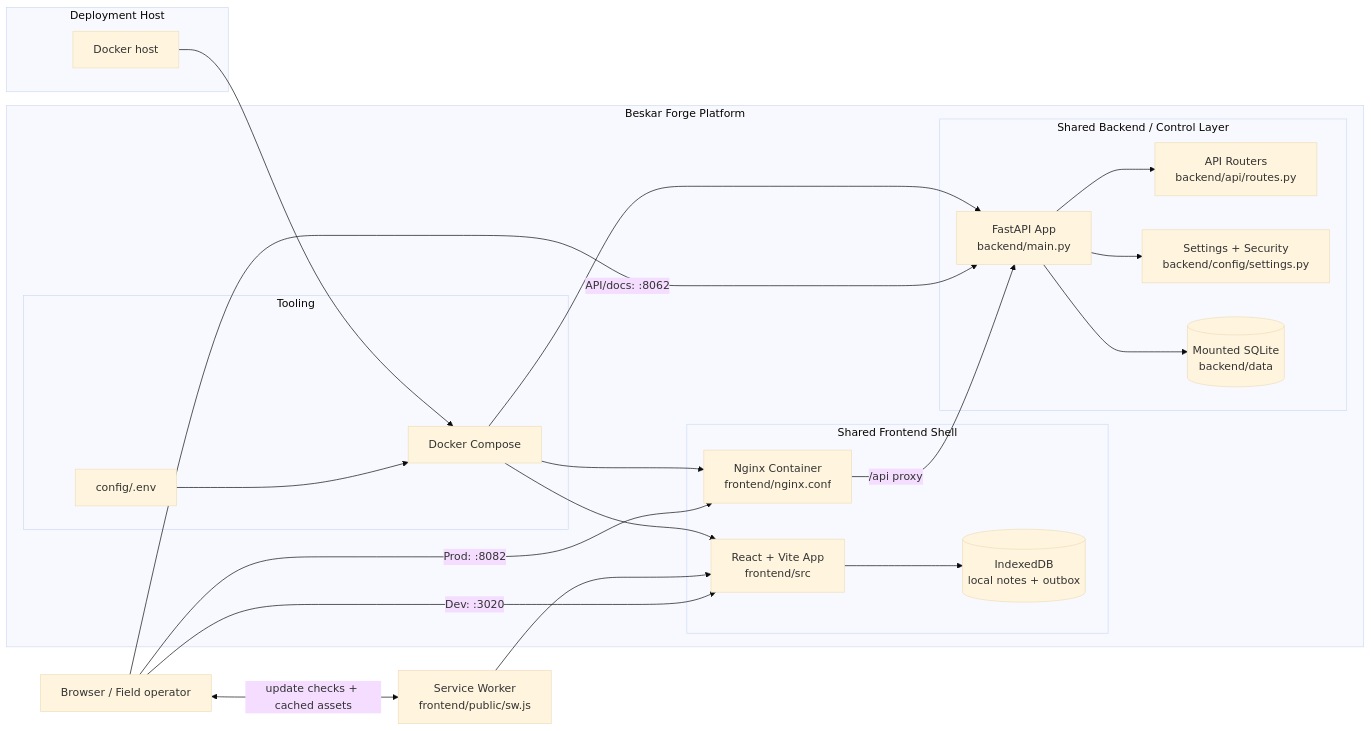
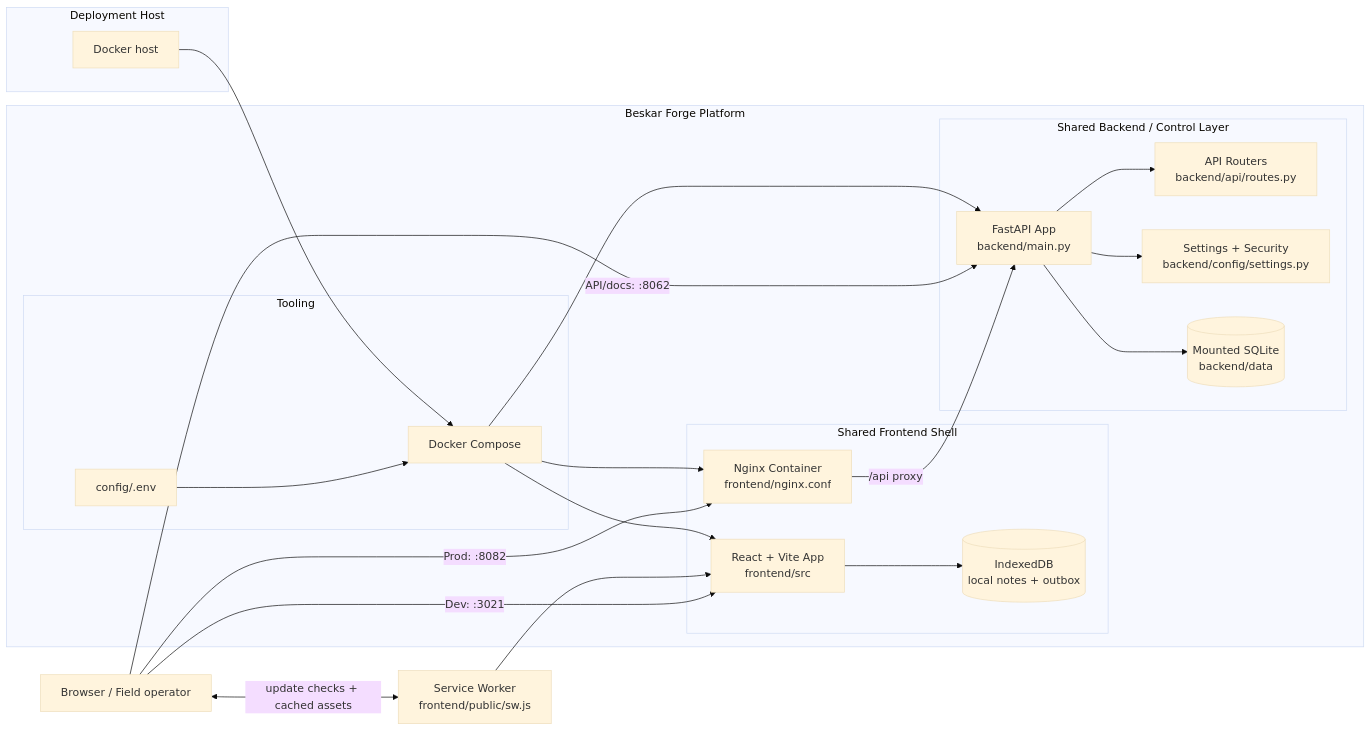
Before and after one commit to martin-gomola/beskar-forge: the diagram in docs/ARCHITECTURE.md, drawn with Mermaid (base theme). The commit also changed other lines of this file and 10 other files, not shown here.

````diff
--- a/docs/ARCHITECTURE.md
+++ b/docs/ARCHITECTURE.md
@@ -31,45 +31,45 @@
 ```mermaid
 flowchart LR
     User[Browser / Field operator]
     SW[Service Worker<br/>frontend/public/sw.js]
 
     subgraph Host["Deployment Host"]
         Server[Docker host]
     end
 
     subgraph Platform["Beskar Forge Platform"]
         subgraph Frontend["Shared Frontend Shell"]
             Vite[React + Vite App<br/>frontend/src]
             Local[(IndexedDB<br/>local notes + outbox)]
             Nginx[Nginx Container<br/>frontend/nginx.conf]
         end
 
         subgraph Backend["Shared Backend / Control Layer"]
             API[FastAPI App<br/>backend/main.py]
             Routes[API Routers<br/>backend/api/routes.py]
             Config[Settings + Security<br/>backend/config/settings.py]
             Data[(Mounted SQLite<br/>backend/data)]
         end
 
         subgraph Tooling["Tooling"]
             Compose[Docker Compose]
             Env[config/.env]
         end
     end
 
-    User -->|Dev: :3020| Vite
+    User -->|Dev: :3021| Vite
     User -->|Prod: :8082| Nginx
     User -->|API/docs: :8062| API
     User <-->|update checks + cached assets| SW
     SW --> Vite
     Vite --> Local
     Nginx -->|/api proxy| API
     API --> Routes
     API --> Config
     API --> Data
     Compose --> Vite
     Compose --> Nginx
     Compose --> API
     Env --> Compose
     Server --> Compose
 ```
````
